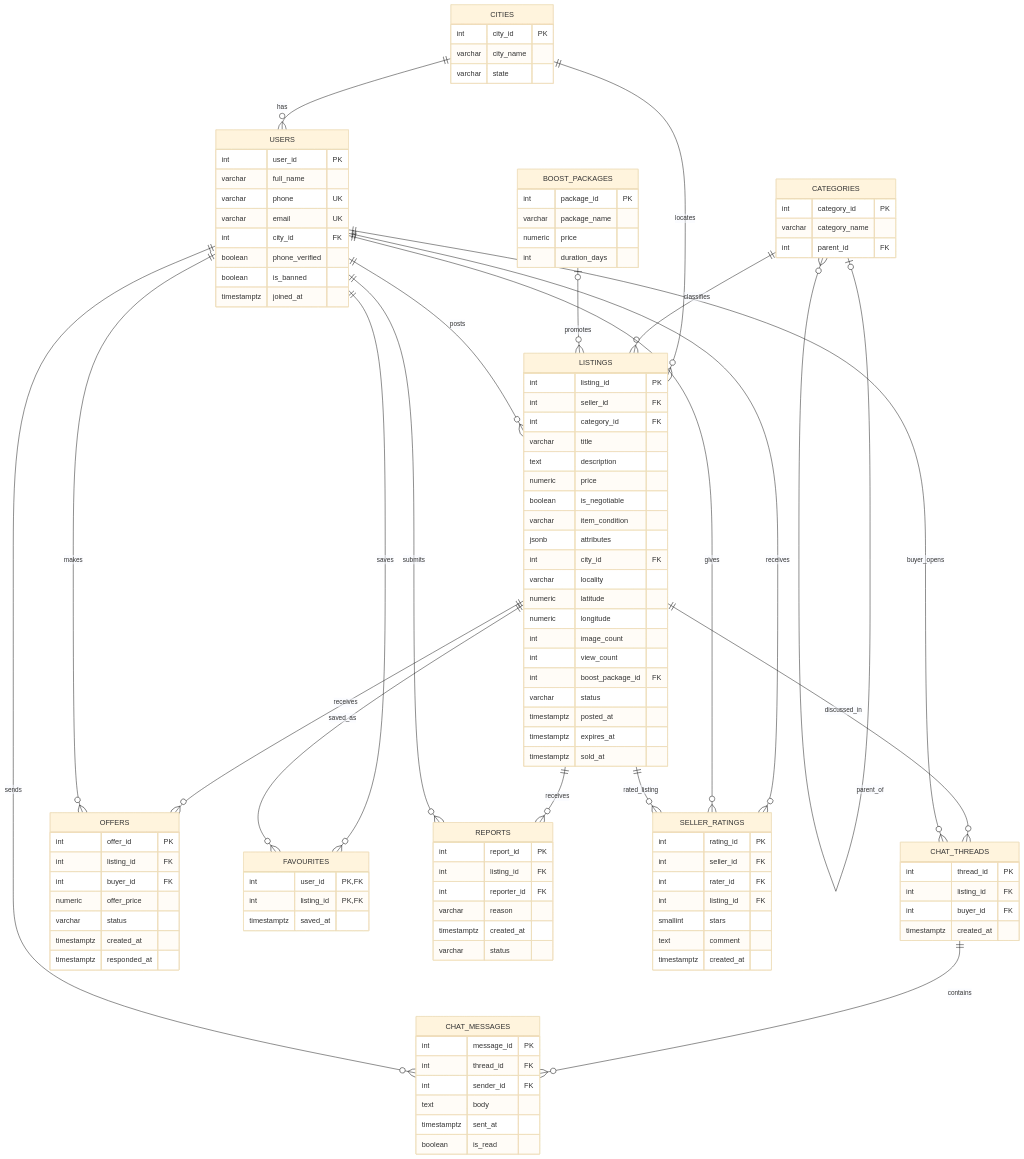
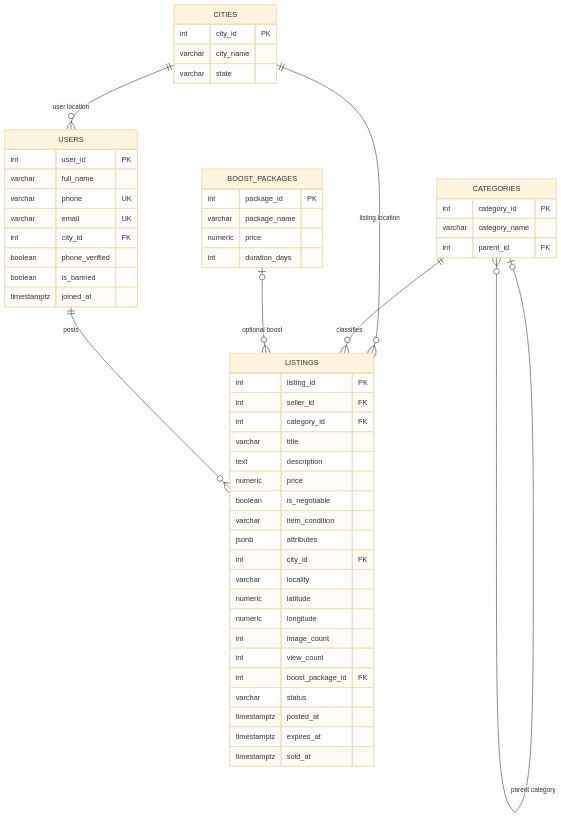
The first of 4 diagrams in docs/02.md (Kingleo007/DE_project_2026), drawn with Mermaid (base theme) before and after one commit. The commit also changed other lines of this file, not shown here.

Commit message:
check v2

````diff
--- a/docs/02.md
+++ b/docs/02.md
@@ -211,41 +211,18 @@
 ```mermaid
 erDiagram
-    CITIES ||--o{ USERS : has
-    CITIES ||--o{ LISTINGS : locates
-    CATEGORIES o|--o{ CATEGORIES : parent_of
-    CATEGORIES ||--o{ LISTINGS : classifies
-    BOOST_PACKAGES o|--o{ LISTINGS : promotes
-    USERS ||--o{ LISTINGS : posts
-    LISTINGS ||--o{ CHAT_THREADS : discussed_in
-    USERS ||--o{ CHAT_THREADS : buyer_opens
-    CHAT_THREADS ||--o{ CHAT_MESSAGES : contains
-    USERS ||--o{ CHAT_MESSAGES : sends
-    LISTINGS ||--o{ OFFERS : receives
-    USERS ||--o{ OFFERS : makes
-    USERS ||--o{ FAVOURITES : saves
-    LISTINGS ||--o{ FAVOURITES : saved_as
-    LISTINGS ||--o{ REPORTS : receives
-    USERS ||--o{ REPORTS : submits
-    USERS ||--o{ SELLER_RATINGS : receives
-    USERS ||--o{ SELLER_RATINGS : gives
-    LISTINGS ||--o{ SELLER_RATINGS : rated_listing
+    CITIES ||--o{ USERS : "user location"
+    CITIES ||--o{ LISTINGS : "listing location"
+    CATEGORIES ||--o{ LISTINGS : "classifies"
+    CATEGORIES o|--o{ CATEGORIES : "parent category"
+    BOOST_PACKAGES o|--o{ LISTINGS : "optional boost"
+    USERS ||--o{ LISTINGS : "posts"
 
     CITIES {
         int city_id PK
         varchar city_name
         varchar state
     }
-    CATEGORIES {
-        int category_id PK
-        varchar category_name
-        int parent_id FK
-    }
-    BOOST_PACKAGES {
-        int package_id PK
-        varchar package_name
-        numeric price
-        int duration_days
-    }
+
     USERS {
         int user_id PK
         varchar full_name
@@ -256,6 +233,20 @@
         boolean is_banned
         timestamptz joined_at
     }
+
+    CATEGORIES {
+        int category_id PK
+        varchar category_name
+        int parent_id FK
+    }
+
+    BOOST_PACKAGES {
+        int package_id PK
+        varchar package_name
+        numeric price
+        int duration_days
+    }
+
     LISTINGS {
         int listing_id PK
         int seller_id FK
@@ -278,49 +269,4 @@
         timestamptz expires_at
         timestamptz sold_at
     }
-    CHAT_THREADS {
-        int thread_id PK
-        int listing_id FK
-        int buyer_id FK
-        timestamptz created_at
-    }
-    CHAT_MESSAGES {
-        int message_id PK
-        int thread_id FK
-        int sender_id FK
-        text body
-        timestamptz sent_at
-        boolean is_read
-    }
-    OFFERS {
-        int offer_id PK
-        int listing_id FK
-        int buyer_id FK
-        numeric offer_price
-        varchar status
-        timestamptz created_at
-        timestamptz responded_at
-    }
-    FAVOURITES {
-        int user_id PK, FK
-        int listing_id PK, FK
-        timestamptz saved_at
-    }
-    REPORTS {
-        int report_id PK
-        int listing_id FK
-        int reporter_id FK
-        varchar reason
-        timestamptz created_at
-        varchar status
-    }
-    SELLER_RATINGS {
-        int rating_id PK
-        int seller_id FK
-        int rater_id FK
-        int listing_id FK
-        smallint stars
-        text comment
-        timestamptz created_at
-    }
 ```
````
